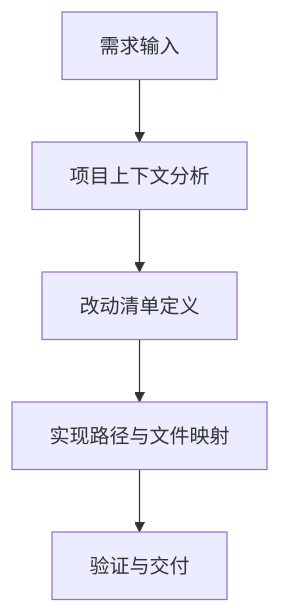
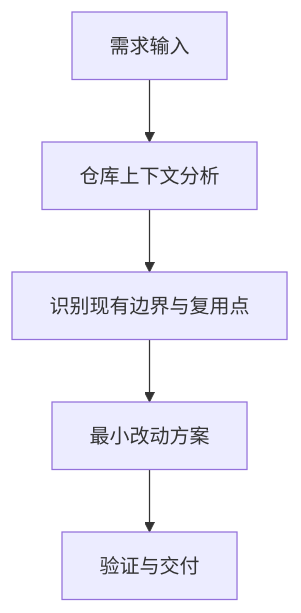
One commit to zata-zhangtao/zata-codes-template changed the diagram in docs/guides/prd-standard.md. Above: the diagram before and after it, drawn with Mermaid. The commit also changed other lines of this file and 2 other files, not shown here.

First line of the commit message:
docs: update PRD standard to architecture-first approach

````diff
--- a/docs/guides/prd-standard.md
+++ b/docs/guides/prd-standard.md
@@ -23,7 +70,7 @@
 ```mermaid
 flowchart TD
-    A[需求输入] --> B[项目上下文分析]
-    B --> C[改动清单定义]
-    C --> D[实现路径与文件映射]
+    A[需求输入] --> B[仓库上下文分析]
+    B --> C[识别现有边界与复用点]
+    C --> D[最小改动方案]
     D --> E[验证与交付]
 ```
````
